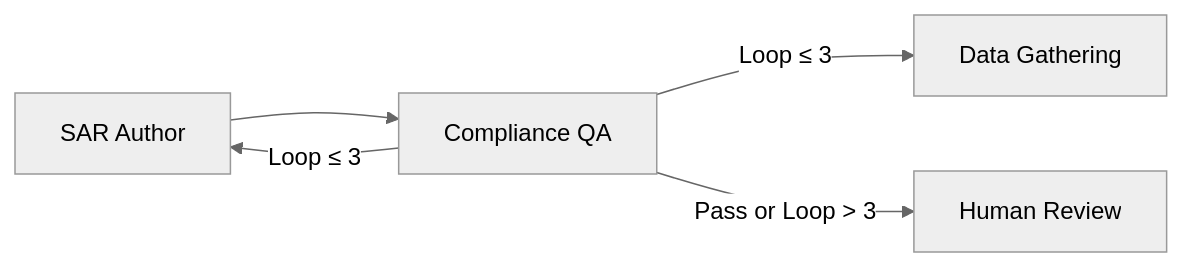
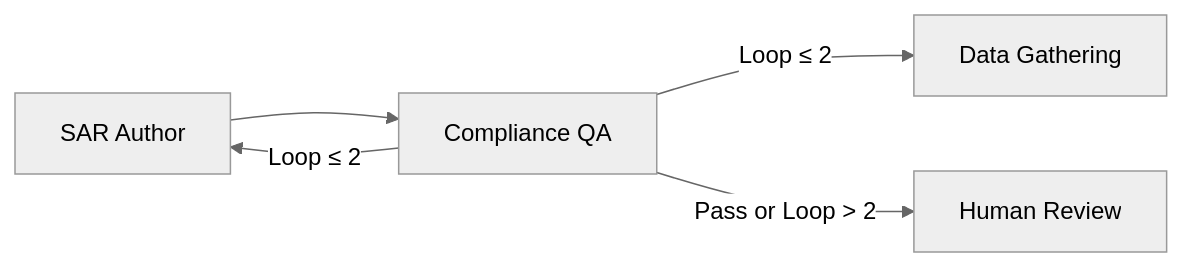
One commit to mongodb-industry-solutions/fsi-aml-fraud-detection changed diagram 13 of 19 in docs/AGENTIC_INVESTIGATION_PIPELINE.md. Above: the diagram before and after it, drawn with Mermaid (neutral theme). The commit also changed other lines of this file and 17 other files, not shown here.

````diff
--- a/docs/AGENTIC_INVESTIGATION_PIPELINE.md
+++ b/docs/AGENTIC_INVESTIGATION_PIPELINE.md
@@ -1047,7 +1053,7 @@
 ```mermaid
 flowchart LR
     N["SAR Author"] --> V["Compliance QA"]
-    V -->|"Loop ≤ 3"| N
-    V -->|"Loop ≤ 3"| DG["Data Gathering"]
-    V -->|"Pass or Loop > 3"| HR["Human Review"]
+    V -->|"Loop ≤ 2"| N
+    V -->|"Loop ≤ 2"| DG["Data Gathering"]
+    V -->|"Pass or Loop > 2"| HR["Human Review"]
 ```
````
